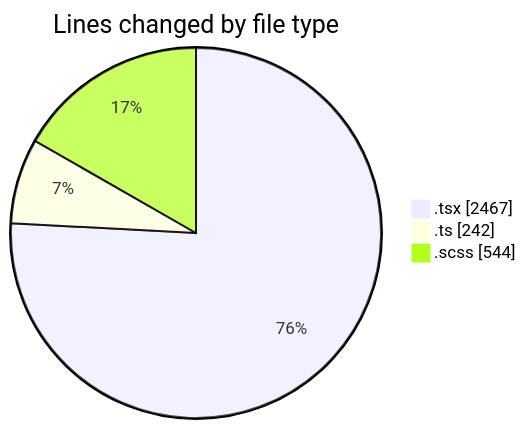
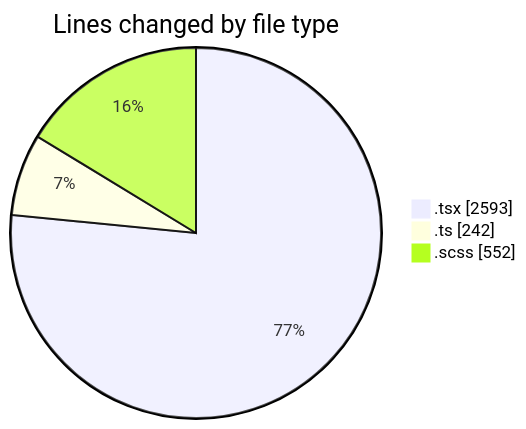
Before and after one commit to momahboobian/code-tracking: the first of 2 diagrams in 2025-09-15/cda/README.md, drawn with Mermaid. The commit also changed other lines of this file and 1 other file, not shown here.

````diff
--- a/2025-09-15/cda/README.md
+++ b/2025-09-15/cda/README.md
@@ -25,7 +25,7 @@
 ```mermaid
 pie showData
 title Lines changed by file type
-".tsx" : 2467
+".tsx" : 2593
 ".ts" : 242
-".scss" : 544
+".scss" : 552
 ```
````
